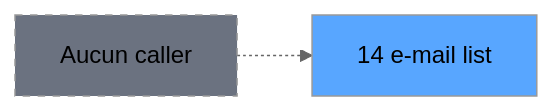
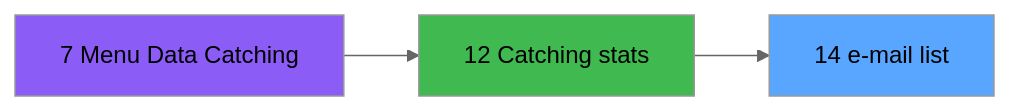
Before and after one commit to thonyAGP/magic-migration: the second of 3 diagrams in .openspec/specs/ADH-IDE-14.md, drawn with Mermaid (neutral theme). The commit also changed other lines of this file and 253 other files, not shown here.

````diff
--- a/.openspec/specs/ADH-IDE-14.md
+++ b/.openspec/specs/ADH-IDE-14.md
@@ -115,8 +308,11 @@
 ```mermaid
 graph LR
     T14[14 e-mail list]
     style T14 fill:#58a6ff
-    NONE[Aucun caller]
-    NONE -.-> T14
-    style NONE fill:#6b7280,stroke-dasharray: 5 5
+    CC7[7 Menu Data Catching]
+    style CC7 fill:#8b5cf6
+    CC12[12 Catching stats]
+    style CC12 fill:#3fb950
+    CC7 --> CC12
+    CC12 --> T14
 ```
````
